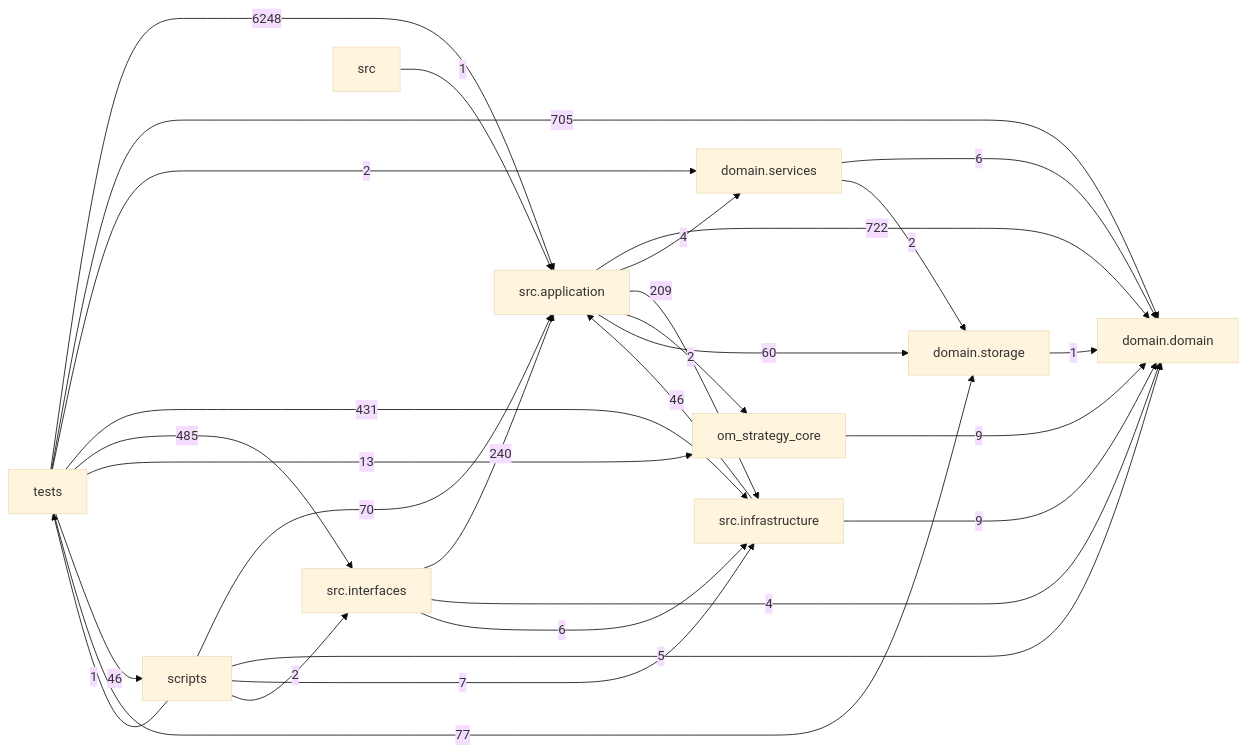
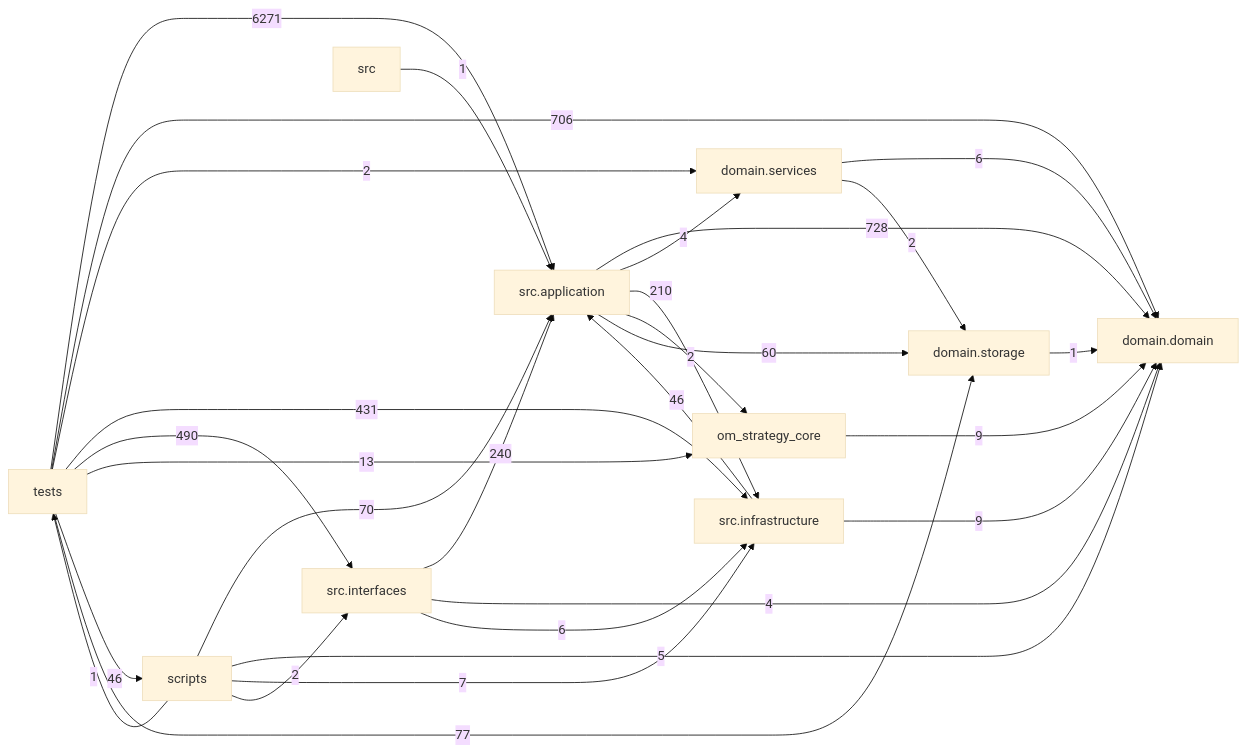
Before and after one commit to liuxie066/options-monitor: the diagram in docs/DEPENDENCY_GRAPH.md, drawn with Mermaid (base theme). The commit also changed other lines of this file and 24 other files, not shown here.

````diff
--- a/docs/DEPENDENCY_GRAPH.md
+++ b/docs/DEPENDENCY_GRAPH.md
@@ -24,39 +24,39 @@
 ```mermaid
 flowchart LR
   tests["tests"]
   scripts["scripts"]
   interfaces["src.interfaces"]
   application["src.application"]
   infrastructure["src.infrastructure"]
   domain_services["domain.services"]
   domain["domain.domain"]
   storage["domain.storage"]
-  application -->|722| domain
+  application -->|728| domain
   application -->|4| domain_services
-  application -->|209| infrastructure
+  application -->|210| infrastructure
   application -->|2| om_strategy_core
   application -->|60| storage
   domain_services -->|6| domain
   domain_services -->|2| storage
   infrastructure -->|46| application
   infrastructure -->|9| domain
   interfaces -->|240| application
   interfaces -->|4| domain
   interfaces -->|6| infrastructure
   om_strategy_core -->|9| domain
   scripts -->|70| application
   scripts -->|5| domain
   scripts -->|7| infrastructure
   scripts -->|2| interfaces
   scripts -->|1| tests
   src -->|1| application
   storage -->|1| domain
-  tests -->|6248| application
-  tests -->|705| domain
+  tests -->|6271| application
+  tests -->|706| domain
   tests -->|2| domain_services
   tests -->|431| infrastructure
-  tests -->|485| interfaces
+  tests -->|490| interfaces
   tests -->|13| om_strategy_core
   tests -->|46| scripts
   tests -->|77| storage
 ```
````
